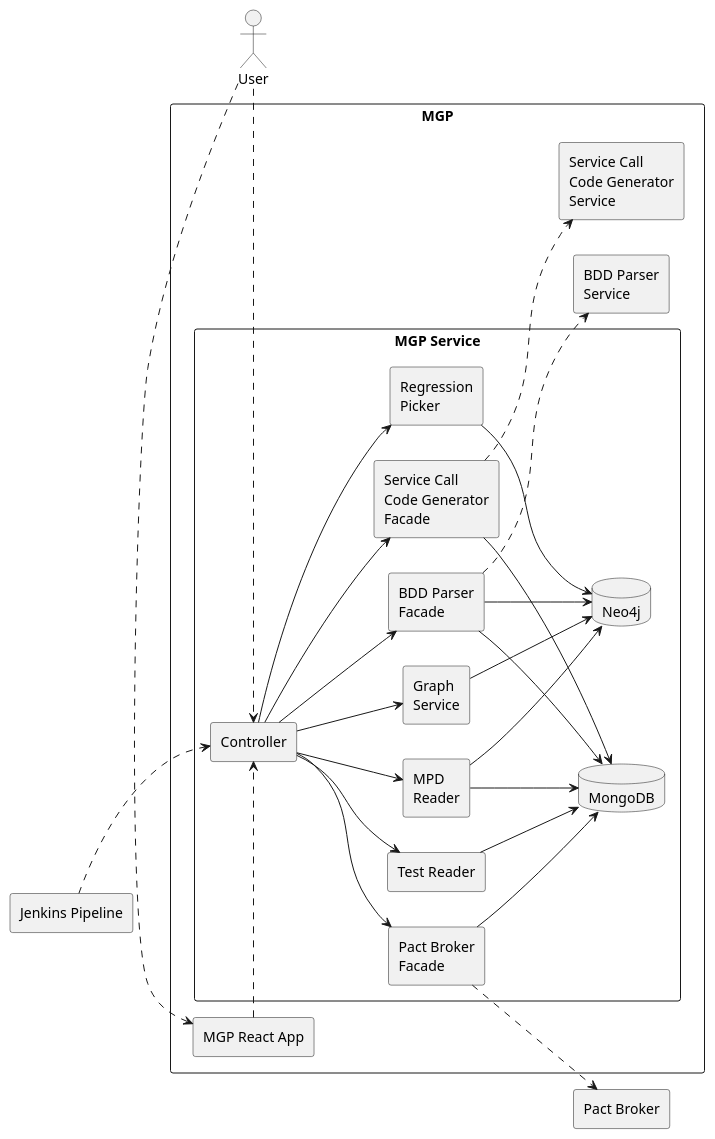
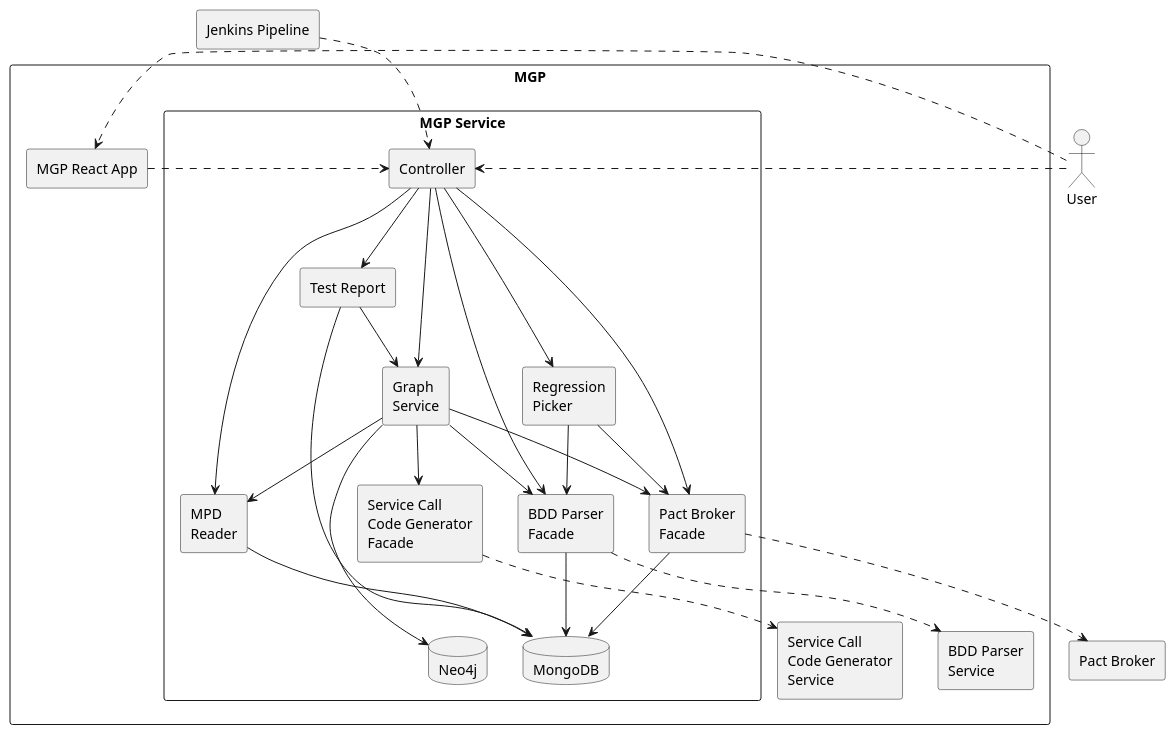
One commit to b4456609/mgp-back changed the diagram in diagram/mgp.puml. Above: the diagram before and after it, drawn with PlantUML. The commit also changed 5 other files, not shown here.

Commit message:
add diagram

```diff
--- a/diagram/mgp.puml
+++ b/diagram/mgp.puml
@@ -1,59 +1,68 @@
 @startuml
-left to right direction
+'scale 2
+'left to right direction
 actor User as user
 rectangle "Jenkins Pipeline" as jp
 rectangle "Pact Broker" as pb
 
 rectangle "MGP" {
 rectangle "Service Call\nCode Generator\nService" as cg
     rectangle "BDD Parser\nService" as ua
 	rectangle "MGP React App" as react
 
 
     rectangle "MGP Service" as mgp {
         rectangle "Controller" as con
         rectangle "Regression\nPicker" as rp
         rectangle "Graph\nService" as gs
         rectangle "MPD\nReader" as mr
         rectangle "Service Call\nCode Generator\nFacade" as cgf
         rectangle "BDD Parser\nFacade" as uf
         rectangle "Pact Broker\nFacade" as pbf
-        rectangle "Test Reader" as tr
+        rectangle "Test Report" as tr
         database Neo4j as neo
         database MongoDB as mon
     }
 
     react .> con
 
     con -d-> rp
     con -d-> gs
     con -d-> mr
-    con -d-> cgf
     con -d-> uf
     con -d-> pbf
     con -d-> tr
 
-    rp -d-> neo
+    gs -d-> cgf
+    gs -d-> uf
+    gs -d-> pbf
+    gs -d-> mr
+
+    tr -d-> gs
+
+    rp -d-> pbf
+    rp -d-> uf
+
     gs -d-> neo
-    mr -d-> neo
-    uf -d-> neo
 
     mr -d-> mon
-    cgf -d-> mon
     uf -d-> mon
     pbf -d-> mon
     tr -d-> mon
+
+
+    mr -[hidden]d-> neo
 }
 
 jp .d.> con
 jp .[hidden].> react
 user .> con
 user .> react
 cgf .> cg
 uf .> ua
 pbf .> pb
 
 neo -[hidden]> cg
 neo -[hidden]> ua
 neo -[hidden]> pb
 @enduml
```
